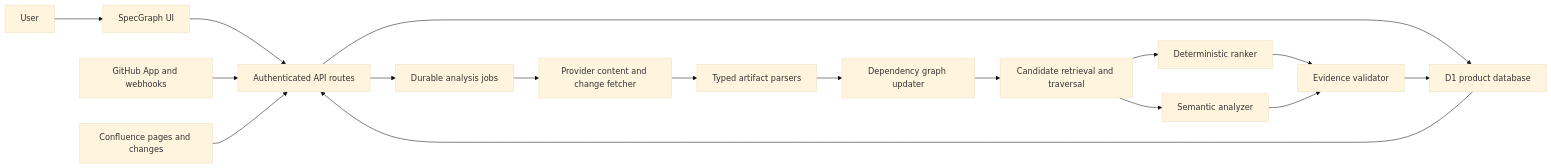
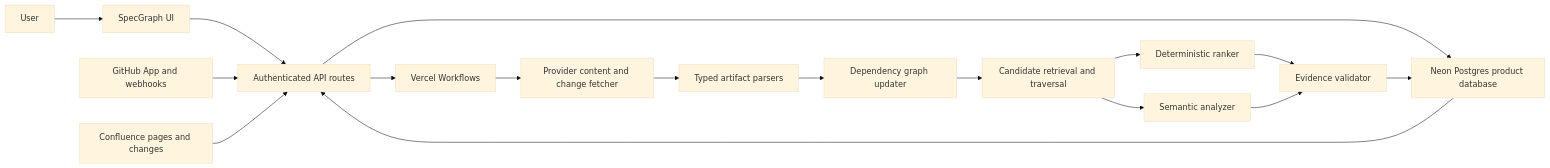
One commit to CodeTanim/spec-graph changed the diagram in SPECGRAPH_MVP_IMPLEMENTATION_PLAN.md. Above: the diagram before and after it, drawn with Mermaid (base theme). The commit also changed other lines of this file and 44 other files, not shown here.

Commit message:
migrate runtime to Vercel and Neon

````diff
--- a/SPECGRAPH_MVP_IMPLEMENTATION_PLAN.md
+++ b/SPECGRAPH_MVP_IMPLEMENTATION_PLAN.md
@@ -175,19 +175,19 @@
 ```mermaid
 flowchart LR
     User["User"] --> UI["SpecGraph UI"]
     UI --> API["Authenticated API routes"]
     GitHub["GitHub App and webhooks"] --> API
     Confluence["Confluence pages and changes"] --> API
-    API --> DB["D1 product database"]
-    API --> Jobs["Durable analysis jobs"]
+    API --> DB["Neon Postgres product database"]
+    API --> Jobs["Vercel Workflows"]
     Jobs --> Fetch["Provider content and change fetcher"]
     Fetch --> Parse["Typed artifact parsers"]
     Parse --> Graph["Dependency graph updater"]
     Graph --> Retrieve["Candidate retrieval and traversal"]
     Retrieve --> Rules["Deterministic ranker"]
     Retrieve --> Semantic["Semantic analyzer"]
     Rules --> Validate["Evidence validator"]
     Semantic --> Validate
     Validate --> DB
     DB --> API
 ```
````
